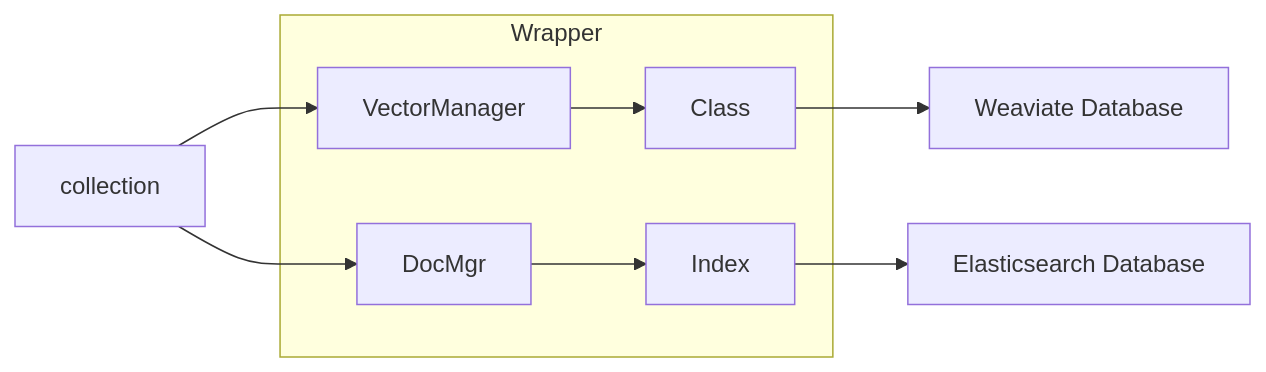
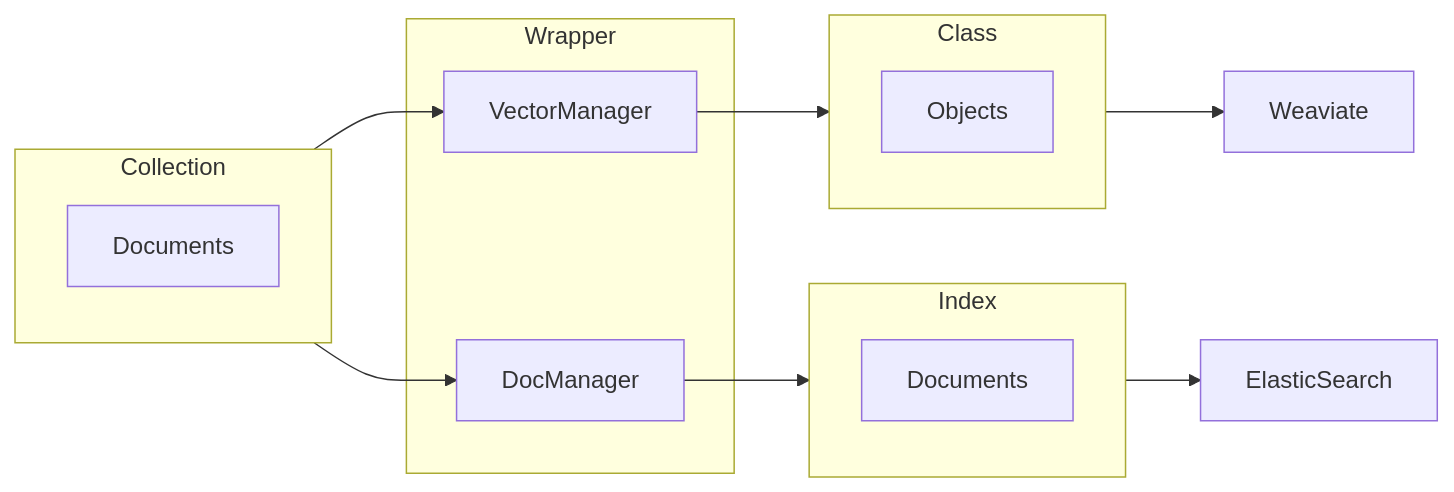
One commit to ShearmanChua/mm changed the first of 2 diagrams in README.md. Above: the diagram before and after it, drawn with Mermaid. The commit also changed other lines of this file and 1 other file, not shown here.

````diff
--- a/README.md
+++ b/README.md
@@ -33,11 +8,22 @@
 ```mermaid
 graph LR;
-    A[collection]-->B[VectorManager]
-    A-->H[DocMgr]
+    subgraph B[Collection]
+    A[Documents]
+    end
+    subgraph I[Class]
+    J[Objects]
+    end
+    subgraph K[Index]
+    L[Documents]
+    end
+    C[VectorManager]
+    D[DocManager]
+    G[Weaviate]
+    H[ElasticSearch]
+    B-->C-->I-->G
+    B-->D-->K-->H
     subgraph Wrapper
-    B-->D[Class]
-    H-->F[Index]
+    C
+    D
     end
-    D-->E[Weaviate Database]
-    F-->G[Elasticsearch Database]
 ```
````
